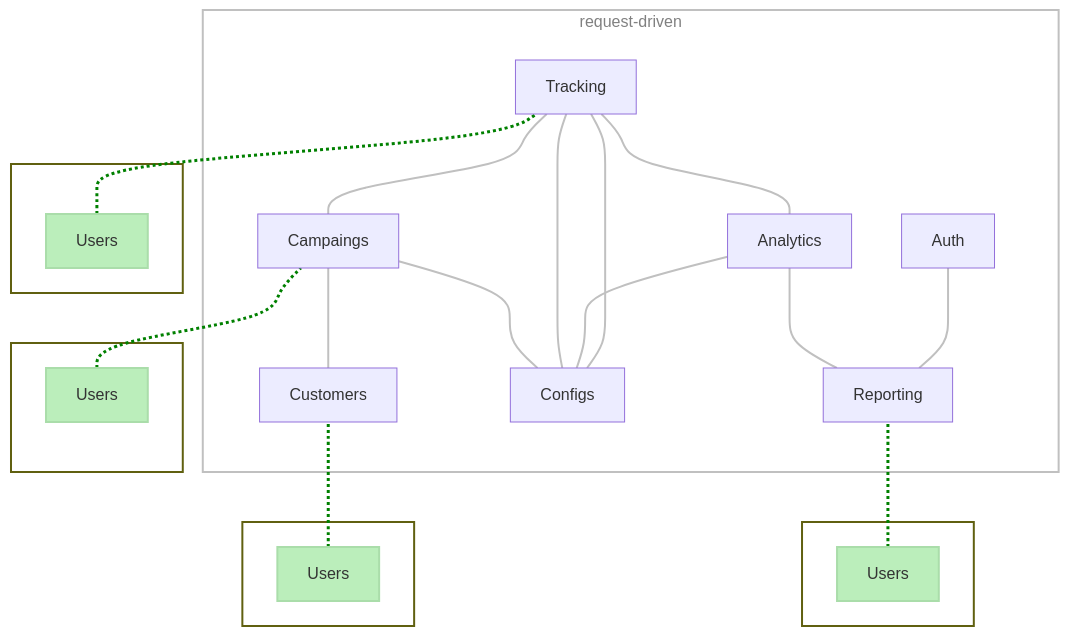
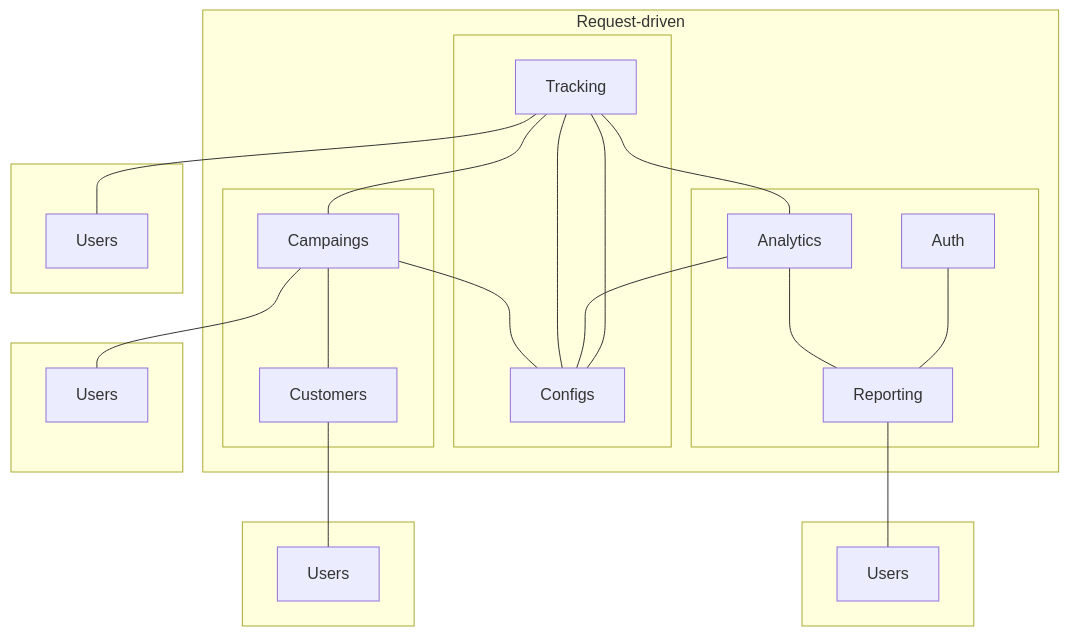
Before and after one commit to sdelrio/golden-forest: the second of 3 diagrams in docs/Develop-Code/Software-Architecture/microservices.md, drawn with Mermaid. The commit also changed other lines of this file and 19 other files, not shown here.

First line of the commit message:
feat(theme): add ink plate mermaid diagrams (#377)

````diff
--- a/docs/Develop-Code/Software-Architecture/microservices.md
+++ b/docs/Develop-Code/Software-Architecture/microservices.md
@@ -75,66 +67,51 @@
 ```mermaid
-    graph BT;
-
-        subgraph "request-driven"
-            subgraph level-1 [" "]
-                auth[Auth] 
+    graph BT
+        subgraph request-driven[Request-driven]
+            subgraph level-1[" "]
+                auth[Auth]
                 reporting[Reporting]
                 analytics[Analytics]
             end
             reporting --- auth
             reporting --- analytics
 
-            subgraph level-2 [" "]
+            subgraph level-2[" "]
                 configs[Configs]
                 tracking[Tracking]
             end
             configs --- tracking
-            configs --- analytics & tracking & campaings 
-    
-            subgraph level-3 [" "]
+            configs --- analytics & tracking & campaings
+
+            subgraph level-3[" "]
                 customers[Customers]
                 campaings[Campaings]
             end
             customers --- campaings
             analytics --- tracking
             campaings --- tracking
         end
 
-        subgraph external-1 [" "]
+        subgraph external-1[" "]
             users-1[Users]
         end
         users-1 --- reporting
 
-        subgraph external-2 [" "]
+        subgraph external-2[" "]
             users-2[Users]
         end
         users-2 --- tracking
 
-        subgraph external-3 [" "]
+        subgraph external-3[" "]
             users-3[Users]
         end
         users-3 --- customers
 
-        subgraph external-4 [" "]
+        subgraph external-4[" "]
             users-4[Users]
         end
         users-4 --- campaings
 
-
-        linkStyle 9 stroke:green,stroke-width:3px,stroke-dasharray:3;
-        linkStyle 10 stroke:green,stroke-width:3px,stroke-dasharray:3;
-        linkStyle 11 stroke:green,stroke-width:3px,stroke-dasharray:3;
-        linkStyle 12 stroke:green,stroke-width:3px,stroke-dasharray:3;
-        linkStyle default stroke-width:2px,fill:none,stroke:#c0c0c0
-
-        classDef green fill:#beb,stroke:#ada,stroke-width:2px
-        class users-1,users-2,users-3,users-4 green
-
-        classDef ext color:#808020,fill:none,stroke:#606010,stroke-width:2px
-        class external-1,external-2,external-3,external-4 ext
-
-        classDef section color:#808080,fill:none,stroke:#c0c0c0,stroke-width:2px
-        classDef sectiontrans color:none,fill:none,stroke:none,stroke-width:2px
-        class level-1,level-2,level-3 sectiontrans
-        class request-driven section
+        class level-1,level-2,level-3 plain
+        class external-1,external-2,external-3,external-4 plain
+        class users-1,users-2,users-3,users-4 external
 ```
````
